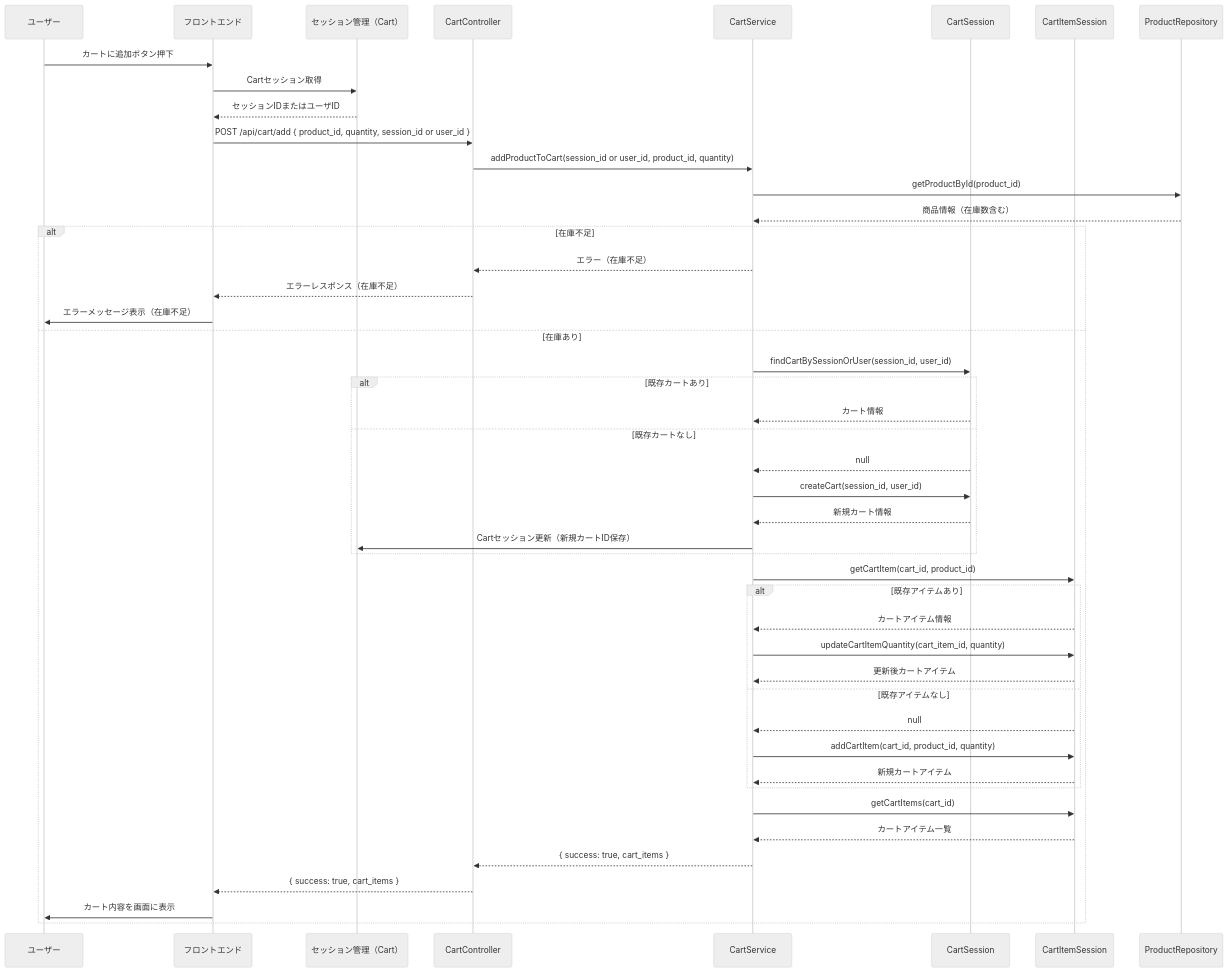
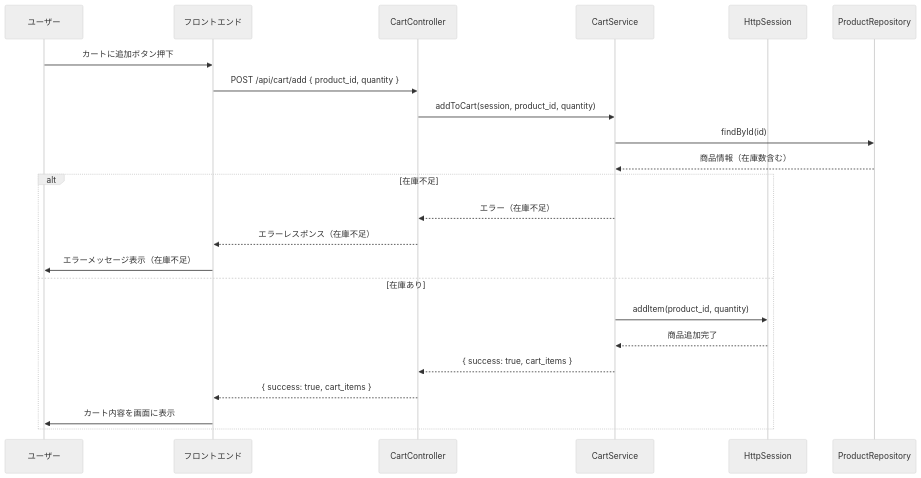
The fourth of 41 diagrams in 詳細設計/提出用/詳細設計書.md (Aoi-Yaegashi/teamF), drawn with Mermaid (neutral theme) before and after one commit. The commit also changed other lines of this file and 1 other file, not shown here.

```diff
--- a/詳細設計/提出用/詳細設計書.md
+++ b/詳細設計/提出用/詳細設計書.md
@@ -466,74 +466,43 @@
    <div class="mermaid">
    sequenceDiagram
     participant User as ユーザー
     participant FE as フロントエンド
-    participant Session as セッション管理（Cart）
     participant CartC as CartController
     participant CartS as CartService
-    participant CartRepo as CartSession
-    participant CartItemRepo as CartItemSession
+    participant CartRepo as HttpSession
     participant ProdRepo as ProductRepository
 
     %% 1. ユーザーが「カートに追加」ボタンを押す
     User->>FE: カートに追加ボタン押下
 
-    %% 2. フロントエンドがCartセッション（セッションIDまたはユーザID）を取得
-    FE->>Session: Cartセッション取得
-    Session-->>FE: セッションIDまたはユーザID
+    %% 2. フロントエンドがAPI呼び出し
+    FE->>CartC: POST /api/cart/add { product_id, quantity }
 
-    %% 3. フロントエンドがAPI呼び出し
-    FE->>CartC: POST /api/cart/add { product_id, quantity, session_id or user_id }
+    %% 3. コントローラがサービスに処理を依頼
+    CartC->>CartS: addToCart(session, product_id, quantity)
 
-    %% 4. コントローラがサービスに処理を依頼
-    CartC->>CartS: addProductToCart(session_id or user_id, product_id, quantity)
-
-    %% 5. サービスが商品情報を取得（在庫チェックのため）
-    CartS->>ProdRepo: getProductById(product_id)
+    %% 4. サービスが商品情報を取得（在庫チェックのため）
+    CartS->>ProdRepo: findById(id)
     ProdRepo-->>CartS: 商品情報（在庫数含む）
 
-    %% 6. サービスが在庫チェック
+    %% 5. サービスが在庫チェック
     alt 在庫不足
         CartS-->>CartC: エラー（在庫不足）
         CartC-->>FE: エラーレスポンス（在庫不足）
         FE->>User: エラーメッセージ表示（在庫不足）
     else 在庫あり
-        %% 7. サービスがCartセッションで既存カートの有無を確認
-        CartS->>CartRepo: findCartBySessionOrUser(session_id, user_id)
-        alt 既存カートあり
-            CartRepo-->>CartS: カート情報
-        else 既存カートなし
-            CartRepo-->>CartS: null
-            %% 新規カートを作成し、Cartセッションに保存
-            CartS->>CartRepo: createCart(session_id, user_id)
-            CartRepo-->>CartS: 新規カート情報
-            CartS->>Session: Cartセッション更新（新規カートID保存）
-        end
+        %% 6. サービスがCartセッションで既存カートの有無を確認
+        CartS->>CartRepo: addItem(product_id, quantity)
+        
+        CartRepo-->>CartS: 商品追加完了
 
-        %% 8. サービスがカートアイテムの有無を確認
-        CartS->>CartItemRepo: getCartItem(cart_id, product_id)
-        alt 既存アイテムあり
-            CartItemRepo-->>CartS: カートアイテム情報
-            %% 数量加算
-            CartS->>CartItemRepo: updateCartItemQuantity(cart_item_id, quantity)
-            CartItemRepo-->>CartS: 更新後カートアイテム
-        else 既存アイテムなし
-            CartItemRepo-->>CartS: null
-            %% 新規アイテム追加
-            CartS->>CartItemRepo: addCartItem(cart_id, product_id, quantity)
-            CartItemRepo-->>CartS: 新規カートアイテム
-        end
-
-        %% 9. サービスが最新カート内容を取得
-        CartS->>CartItemRepo: getCartItems(cart_id)
-        CartItemRepo-->>CartS: カートアイテム一覧
-
-        %% 10. サービスがコントローラに返却
+        %% 7. サービスがコントローラに返却
         CartS-->>CartC: { success: true, cart_items }
 
-        %% 11. コントローラがフロントエンドにレスポンス
+        %% 8. コントローラがフロントエンドにレスポンス
         CartC-->>FE: { success: true, cart_items }
 
-        %% 12. フロントエンドがカートページに反映
+        %% 9. フロントエンドがカートページに反映
         FE->>User: カート内容を画面に表示
     end
 </div>
```
